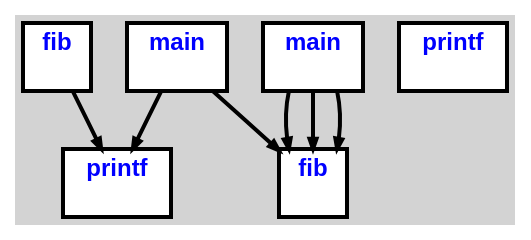
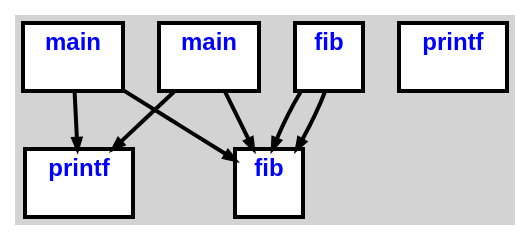
The diagram in cpoCompilerWin/CG.all.dot (aveen007/CountingMonkeys), drawn with Graphviz before and after one commit. The commit also changed 15 other files, not shown here.

```diff
--- a/cpoCompilerWin/CG.all.dot
+++ b/cpoCompilerWin/CG.all.dot
@@ -1,20 +1,20 @@
 digraph G {
 ordering=out;
 ranksep=.4;
 bgcolor="lightgrey";  node [shape=box, fixedsize=false, fontsize=12, fontname="Helvetica-bold", fontcolor="blue"
 width=.25, height=.25, color="black", fillcolor="white", style="filled, solid, bold"];
 
 edge [arrowsize=.5, color="black", style="bold"]
-    n000011C7BD721BE0 [label="fib\n "]
-    n000011C7BD721FA0 [label="printf\n "]
-    n000011C7BD722240 [label="main\n "]
-    n000011C7BD722240 -> n000011C7BD721FA0
-    n000011C7BD722240 -> n000011C7BD721BE0
-    n000011C7BD722600 [label="fib\n "]
-    n000011C7BD722600 -> n000011C7BD721FA0
-    n000011C7BD722AE0 [label="printf\n "]
-    n000011C7BD723F20 [label="main\n "]
-    n000011C7BD723F20 -> n000011C7BD721BE0
-    n000011C7BD723F20 -> n000011C7BD721BE0
-    n000011C7BD723F20 -> n000011C7BD721BE0
+    n000011EC12C21BE0 [label="fib\n "]
+    n000011EC12C21FA0 [label="printf\n "]
+    n000011EC12C22240 [label="main\n "]
+    n000011EC12C22240 -> n000011EC12C21FA0
+    n000011EC12C22240 -> n000011EC12C21BE0
+    n000011EC12C22600 [label="fib\n "]
+    n000011EC12C22600 -> n000011EC12C21BE0
+    n000011EC12C22600 -> n000011EC12C21BE0
+    n000011EC12C230E0 [label="printf\n "]
+    n000011EC12C24520 [label="main\n "]
+    n000011EC12C24520 -> n000011EC12C21FA0
+    n000011EC12C24520 -> n000011EC12C21BE0
 }
```
